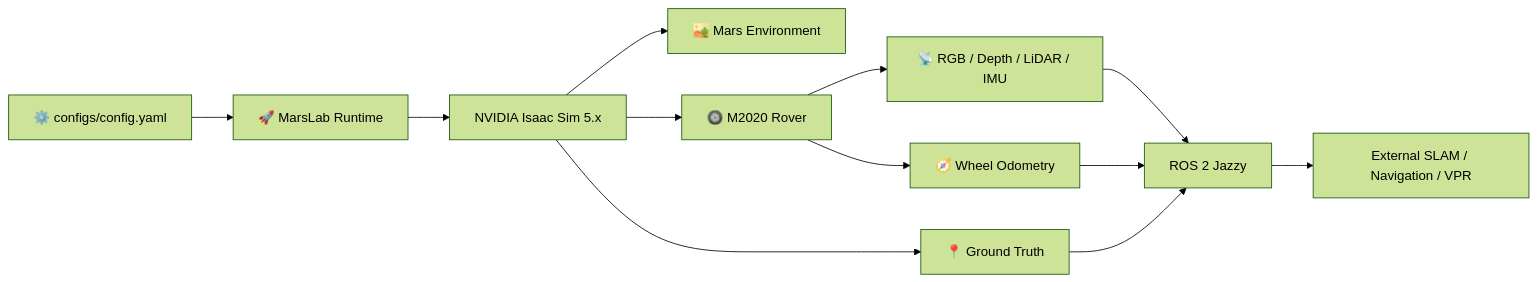
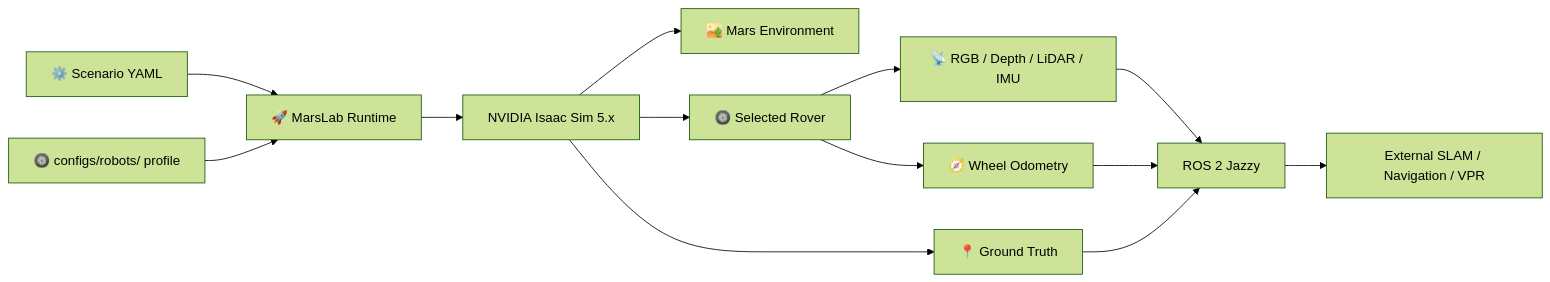
The first of 2 diagrams in README.md (kimhoyun-robotair/MarsLab), drawn with Mermaid (forest theme) before and after one commit. The commit also changed other lines of this file and 190 other files, not shown here.

````diff
--- a/README.md
+++ b/README.md
@@ -74,17 +76,18 @@
 ```mermaid
 flowchart LR
-    CFG["⚙️ configs/config.yaml"] --> CORE["🚀 MarsLab Runtime"]
+    CFG["⚙️ Scenario YAML"] --> CORE["🚀 MarsLab Runtime"]
+    PROFILE["🛞 configs/robots/ profile"] --> CORE
     CORE --> ISAAC["NVIDIA Isaac Sim 5.x"]
 
     ISAAC --> ENV["🏜️ Mars Environment"]
-    ISAAC --> ROVER["🛞 M2020 Rover"]
+    ISAAC --> ROVER["🛞 Selected Rover"]
 
     ROVER --> SENSOR["📡 RGB / Depth / LiDAR / IMU"]
     ROVER --> ODOM["🧭 Wheel Odometry"]
     ISAAC --> GT["📍 Ground Truth"]
 
     SENSOR --> ROS["ROS 2 Jazzy"]
     ODOM --> ROS
     GT --> ROS
     ROS --> AUTONOMY["External SLAM / Navigation / VPR"]
 ```
````
